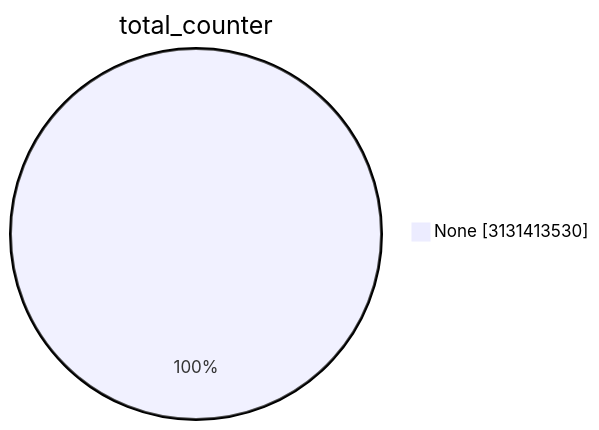
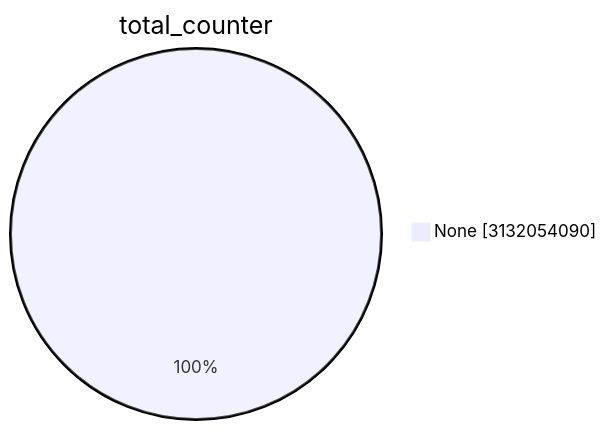
Before and after one commit to christiankrug/ctmonitor_visualization: the first of 15 diagrams in TOTAL/README.md, drawn with Mermaid. The commit also changed other lines of this file, not shown here.

````diff
--- a/TOTAL/README.md
+++ b/TOTAL/README.md
@@ -1,5 +1,5 @@
 ```mermaid
 pie showData
 title total_counter
-"None" :3131413530
+"None" :3132054090
 ```
````
